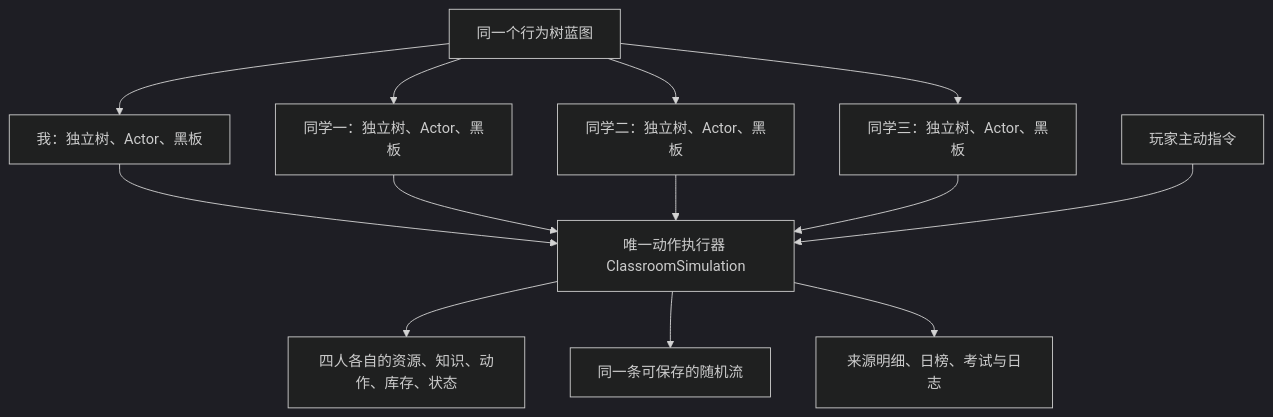
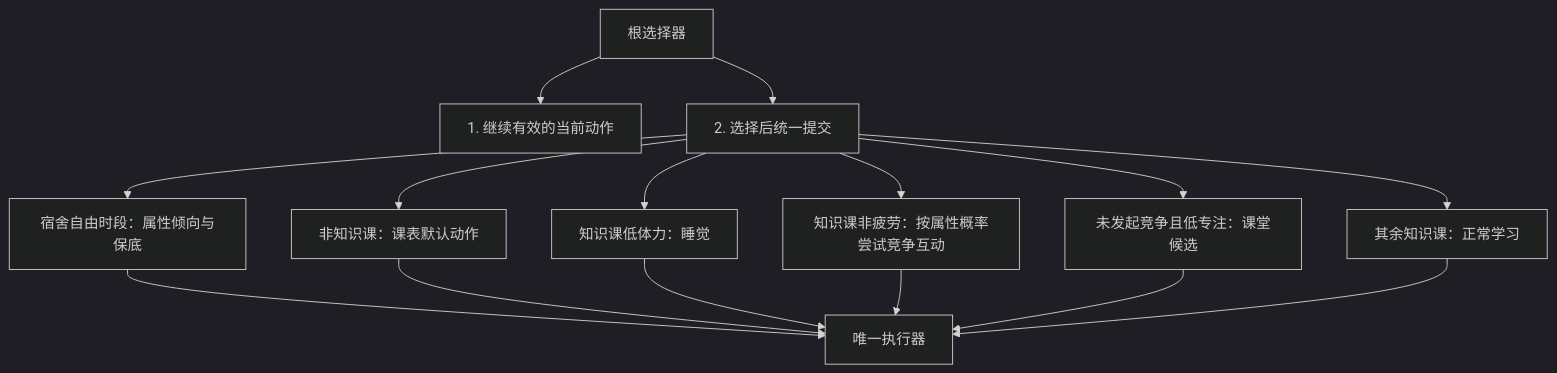
One commit to wangzehui0510/gaokao-sprint-seven-days changed the diagram in docs/角色AI行为树现状与规划_v0.1.md. Above: the diagram before and after it, drawn with Mermaid (dark theme). The commit also changed other lines of this file and 39 other files, not shown here.

````diff
--- a/docs/角色AI行为树现状与规划_v0.1.md
+++ b/docs/角色AI行为树现状与规划_v0.1.md
@@ -13,16 +9,17 @@
 ```mermaid
 flowchart TB
-    Blueprint["同一个行为树蓝图"]
-    Blueprint --> Player["我：独立树、Actor、黑板"]
-    Blueprint --> ClassmateA["同学一：独立树、Actor、黑板"]
-    Blueprint --> ClassmateB["同学二：独立树、Actor、黑板"]
-    Blueprint --> ClassmateC["同学三：独立树、Actor、黑板"]
-    Player --> Executor["唯一动作执行器 ClassroomSimulation"]
-    ClassmateA --> Executor
-    ClassmateB --> Executor
-    ClassmateC --> Executor
-    Commands["玩家主动指令"] --> Executor
-    Executor --> State["四人各自的资源、知识、动作、库存、状态"]
-    Executor --> Random["同一条可保存的随机流"]
-    Executor --> Ledger["来源明细、日榜、考试与日志"]
+    Root["根选择器"] --> Running["1. 继续有效的当前动作"]
+    Root --> Decision["2. 选择后统一提交"]
+    Decision --> Dorm["宿舍自由时段：属性倾向与保底"]
+    Decision --> Schedule["非知识课：课表默认动作"]
+    Decision --> Sleep["知识课低体力：睡觉"]
+    Decision --> Social["知识课非疲劳：按属性概率尝试竞争互动"]
+    Decision --> Distract["未发起竞争且低专注：课堂候选"]
+    Decision --> Study["其余知识课：正常学习"]
+    Dorm --> Executor["唯一执行器"]
+    Schedule --> Executor
+    Sleep --> Executor
+    Social --> Executor
+    Distract --> Executor
+    Study --> Executor
 ```
````
